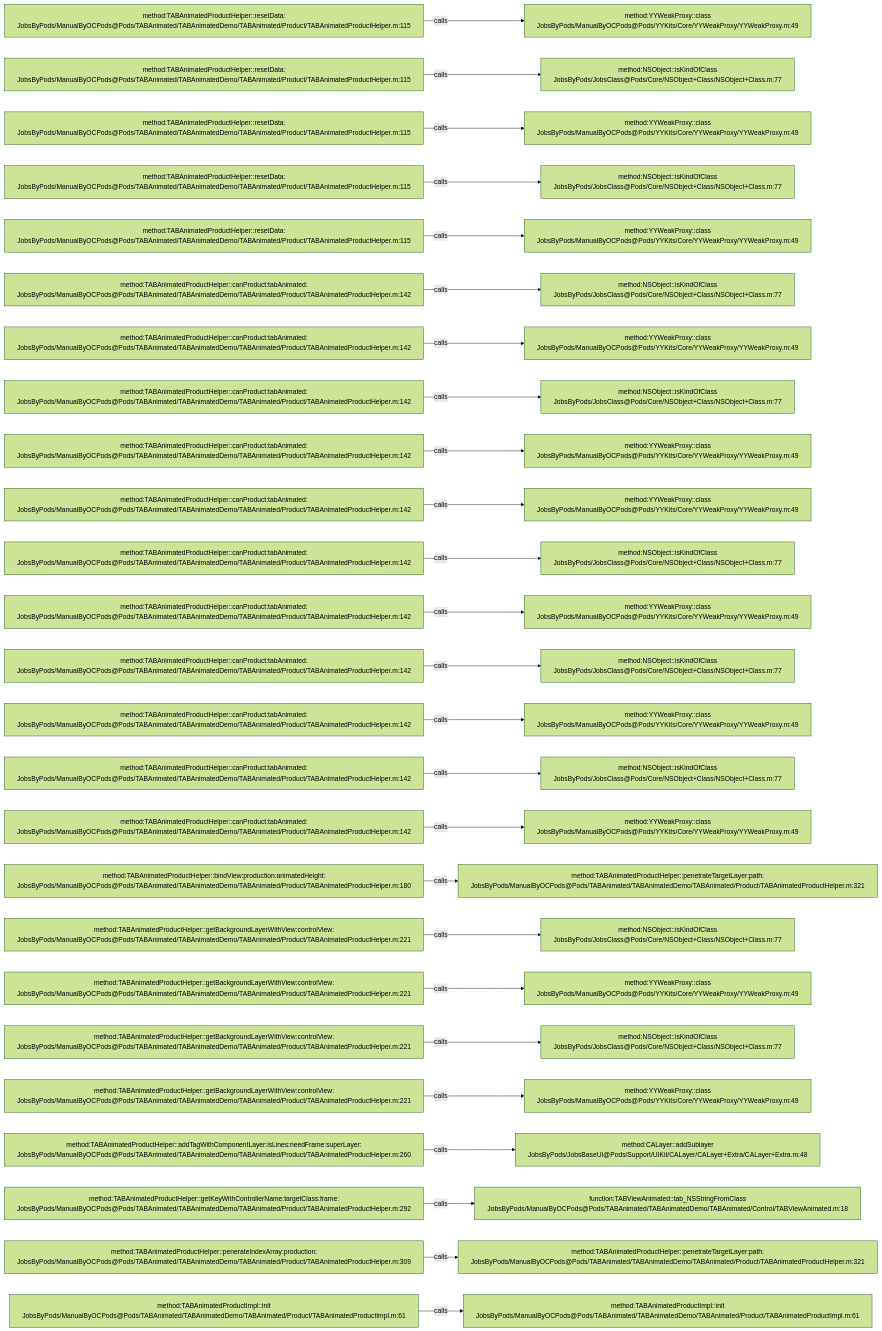
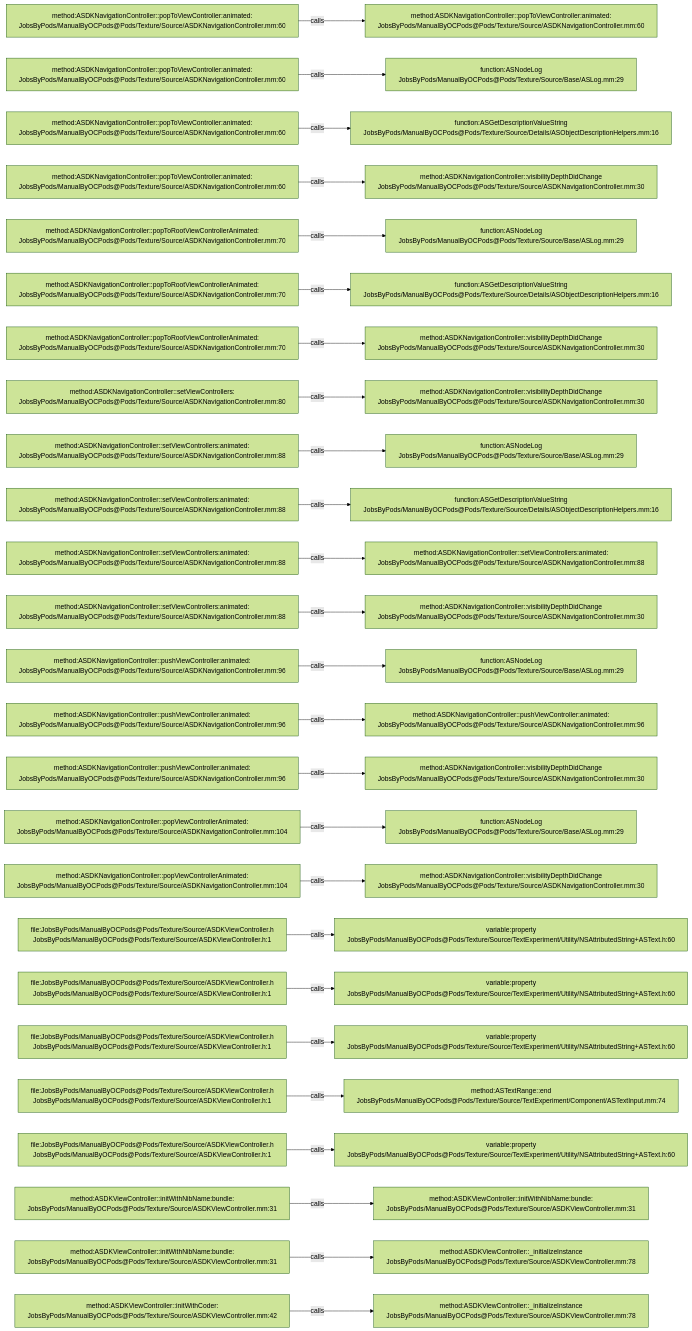
One commit to JobsKits/JobsOCBaseConfigDemo changed the diagram in .codegraph/codegraph.md/graphs/calls-197.md. Above: the diagram before and after it, drawn with Mermaid (forest theme). The commit also changed 573 other files, not shown here.

````diff
--- a/.codegraph/codegraph.md/graphs/calls-197.md
+++ b/.codegraph/codegraph.md/graphs/calls-197.md
@@ -13,78 +13,78 @@
 ```mermaid
 flowchart LR
-  S1["method:TABAnimatedProductHelper::resetData:<br/>JobsByPods/ManualByOCPods@Pods/TABAnimated/TABAnimatedDemo/TABAnimated/Product/TABAnimatedProductHelper.m:115"]
-  T1["method:YYWeakProxy::class<br/>JobsByPods/ManualByOCPods@Pods/YYKits/Core/YYWeakProxy/YYWeakProxy.m:49"]
+  S1["method:ASDKNavigationController::popToViewController:animated:<br/>JobsByPods/ManualByOCPods@Pods/Texture/Source/ASDKNavigationController.mm:60"]
+  T1["method:ASDKNavigationController::popToViewController:animated:<br/>JobsByPods/ManualByOCPods@Pods/Texture/Source/ASDKNavigationController.mm:60"]
   S1 -->|calls| T1
-  S2["method:TABAnimatedProductHelper::resetData:<br/>JobsByPods/ManualByOCPods@Pods/TABAnimated/TABAnimatedDemo/TABAnimated/Product/TABAnimatedProductHelper.m:115"]
-  T2["method:NSObject::isKindOfClass<br/>JobsByPods/JobsClass@Pods/Core/NSObject+Class/NSObject+Class.m:77"]
+  S2["method:ASDKNavigationController::popToViewController:animated:<br/>JobsByPods/ManualByOCPods@Pods/Texture/Source/ASDKNavigationController.mm:60"]
+  T2["function:ASNodeLog<br/>JobsByPods/ManualByOCPods@Pods/Texture/Source/Base/ASLog.mm:29"]
   S2 -->|calls| T2
-  S3["method:TABAnimatedProductHelper::resetData:<br/>JobsByPods/ManualByOCPods@Pods/TABAnimated/TABAnimatedDemo/TABAnimated/Product/TABAnimatedProductHelper.m:115"]
-  T3["method:YYWeakProxy::class<br/>JobsByPods/ManualByOCPods@Pods/YYKits/Core/YYWeakProxy/YYWeakProxy.m:49"]
+  S3["method:ASDKNavigationController::popToViewController:animated:<br/>JobsByPods/ManualByOCPods@Pods/Texture/Source/ASDKNavigationController.mm:60"]
+  T3["function:ASGetDescriptionValueString<br/>JobsByPods/ManualByOCPods@Pods/Texture/Source/Details/ASObjectDescriptionHelpers.mm:16"]
   S3 -->|calls| T3
-  S4["method:TABAnimatedProductHelper::resetData:<br/>JobsByPods/ManualByOCPods@Pods/TABAnimated/TABAnimatedDemo/TABAnimated/Product/TABAnimatedProductHelper.m:115"]
-  T4["method:NSObject::isKindOfClass<br/>JobsByPods/JobsClass@Pods/Core/NSObject+Class/NSObject+Class.m:77"]
+  S4["method:ASDKNavigationController::popToViewController:animated:<br/>JobsByPods/ManualByOCPods@Pods/Texture/Source/ASDKNavigationController.mm:60"]
+  T4["method:ASDKNavigationController::visibilityDepthDidChange<br/>JobsByPods/ManualByOCPods@Pods/Texture/Source/ASDKNavigationController.mm:30"]
   S4 -->|calls| T4
-  S5["method:TABAnimatedProductHelper::resetData:<br/>JobsByPods/ManualByOCPods@Pods/TABAnimated/TABAnimatedDemo/TABAnimated/Product/TABAnimatedProductHelper.m:115"]
-  T5["method:YYWeakProxy::class<br/>JobsByPods/ManualByOCPods@Pods/YYKits/Core/YYWeakProxy/YYWeakProxy.m:49"]
+  S5["method:ASDKNavigationController::popToRootViewControllerAnimated:<br/>JobsByPods/ManualByOCPods@Pods/Texture/Source/ASDKNavigationController.mm:70"]
+  T5["function:ASNodeLog<br/>JobsByPods/ManualByOCPods@Pods/Texture/Source/Base/ASLog.mm:29"]
   S5 -->|calls| T5
-  S6["method:TABAnimatedProductHelper::canProduct:tabAnimated:<br/>JobsByPods/ManualByOCPods@Pods/TABAnimated/TABAnimatedDemo/TABAnimated/Product/TABAnimatedProductHelper.m:142"]
-  T6["method:NSObject::isKindOfClass<br/>JobsByPods/JobsClass@Pods/Core/NSObject+Class/NSObject+Class.m:77"]
+  S6["method:ASDKNavigationController::popToRootViewControllerAnimated:<br/>JobsByPods/ManualByOCPods@Pods/Texture/Source/ASDKNavigationController.mm:70"]
+  T6["function:ASGetDescriptionValueString<br/>JobsByPods/ManualByOCPods@Pods/Texture/Source/Details/ASObjectDescriptionHelpers.mm:16"]
   S6 -->|calls| T6
-  S7["method:TABAnimatedProductHelper::canProduct:tabAnimated:<br/>JobsByPods/ManualByOCPods@Pods/TABAnimated/TABAnimatedDemo/TABAnimated/Product/TABAnimatedProductHelper.m:142"]
-  T7["method:YYWeakProxy::class<br/>JobsByPods/ManualByOCPods@Pods/YYKits/Core/YYWeakProxy/YYWeakProxy.m:49"]
+  S7["method:ASDKNavigationController::popToRootViewControllerAnimated:<br/>JobsByPods/ManualByOCPods@Pods/Texture/Source/ASDKNavigationController.mm:70"]
+  T7["method:ASDKNavigationController::visibilityDepthDidChange<br/>JobsByPods/ManualByOCPods@Pods/Texture/Source/ASDKNavigationController.mm:30"]
   S7 -->|calls| T7
-  S8["method:TABAnimatedProductHelper::canProduct:tabAnimated:<br/>JobsByPods/ManualByOCPods@Pods/TABAnimated/TABAnimatedDemo/TABAnimated/Product/TABAnimatedProductHelper.m:142"]
-  T8["method:NSObject::isKindOfClass<br/>JobsByPods/JobsClass@Pods/Core/NSObject+Class/NSObject+Class.m:77"]
+  S8["method:ASDKNavigationController::setViewControllers:<br/>JobsByPods/ManualByOCPods@Pods/Texture/Source/ASDKNavigationController.mm:80"]
+  T8["method:ASDKNavigationController::visibilityDepthDidChange<br/>JobsByPods/ManualByOCPods@Pods/Texture/Source/ASDKNavigationController.mm:30"]
   S8 -->|calls| T8
-  S9["method:TABAnimatedProductHelper::canProduct:tabAnimated:<br/>JobsByPods/ManualByOCPods@Pods/TABAnimated/TABAnimatedDemo/TABAnimated/Product/TABAnimatedProductHelper.m:142"]
-  T9["method:YYWeakProxy::class<br/>JobsByPods/ManualByOCPods@Pods/YYKits/Core/YYWeakProxy/YYWeakProxy.m:49"]
+  S9["method:ASDKNavigationController::setViewControllers:animated:<br/>JobsByPods/ManualByOCPods@Pods/Texture/Source/ASDKNavigationController.mm:88"]
+  T9["function:ASNodeLog<br/>JobsByPods/ManualByOCPods@Pods/Texture/Source/Base/ASLog.mm:29"]
   S9 -->|calls| T9
-  S10["method:TABAnimatedProductHelper::canProduct:tabAnimated:<br/>JobsByPods/ManualByOCPods@Pods/TABAnimated/TABAnimatedDemo/TABAnimated/Product/TABAnimatedProductHelper.m:142"]
-  T10["method:YYWeakProxy::class<br/>JobsByPods/ManualByOCPods@Pods/YYKits/Core/YYWeakProxy/YYWeakProxy.m:49"]
+  S10["method:ASDKNavigationController::setViewControllers:animated:<br/>JobsByPods/ManualByOCPods@Pods/Texture/Source/ASDKNavigationController.mm:88"]
+  T10["function:ASGetDescriptionValueString<br/>JobsByPods/ManualByOCPods@Pods/Texture/Source/Details/ASObjectDescriptionHelpers.mm:16"]
   S10 -->|calls| T10
-  S11["method:TABAnimatedProductHelper::canProduct:tabAnimated:<br/>JobsByPods/ManualByOCPods@Pods/TABAnimated/TABAnimatedDemo/TABAnimated/Product/TABAnimatedProductHelper.m:142"]
-  T11["method:NSObject::isKindOfClass<br/>JobsByPods/JobsClass@Pods/Core/NSObject+Class/NSObject+Class.m:77"]
+  S11["method:ASDKNavigationController::setViewControllers:animated:<br/>JobsByPods/ManualByOCPods@Pods/Texture/Source/ASDKNavigationController.mm:88"]
+  T11["method:ASDKNavigationController::setViewControllers:animated:<br/>JobsByPods/ManualByOCPods@Pods/Texture/Source/ASDKNavigationController.mm:88"]
   S11 -->|calls| T11
-  S12["method:TABAnimatedProductHelper::canProduct:tabAnimated:<br/>JobsByPods/ManualByOCPods@Pods/TABAnimated/TABAnimatedDemo/TABAnimated/Product/TABAnimatedProductHelper.m:142"]
-  T12["method:YYWeakProxy::class<br/>JobsByPods/ManualByOCPods@Pods/YYKits/Core/YYWeakProxy/YYWeakProxy.m:49"]
+  S12["method:ASDKNavigationController::setViewControllers:animated:<br/>JobsByPods/ManualByOCPods@Pods/Texture/Source/ASDKNavigationController.mm:88"]
+  T12["method:ASDKNavigationController::visibilityDepthDidChange<br/>JobsByPods/ManualByOCPods@Pods/Texture/Source/ASDKNavigationController.mm:30"]
   S12 -->|calls| T12
-  S13["method:TABAnimatedProductHelper::canProduct:tabAnimated:<br/>JobsByPods/ManualByOCPods@Pods/TABAnimated/TABAnimatedDemo/TABAnimated/Product/TABAnimatedProductHelper.m:142"]
-  T13["method:NSObject::isKindOfClass<br/>JobsByPods/JobsClass@Pods/Core/NSObject+Class/NSObject+Class.m:77"]
+  S13["method:ASDKNavigationController::pushViewController:animated:<br/>JobsByPods/ManualByOCPods@Pods/Texture/Source/ASDKNavigationController.mm:96"]
+  T13["function:ASNodeLog<br/>JobsByPods/ManualByOCPods@Pods/Texture/Source/Base/ASLog.mm:29"]
   S13 -->|calls| T13
-  S14["method:TABAnimatedProductHelper::canProduct:tabAnimated:<br/>JobsByPods/ManualByOCPods@Pods/TABAnimated/TABAnimatedDemo/TABAnimated/Product/TABAnimatedProductHelper.m:142"]
-  T14["method:YYWeakProxy::class<br/>JobsByPods/ManualByOCPods@Pods/YYKits/Core/YYWeakProxy/YYWeakProxy.m:49"]
+  S14["method:ASDKNavigationController::pushViewController:animated:<br/>JobsByPods/ManualByOCPods@Pods/Texture/Source/ASDKNavigationController.mm:96"]
+  T14["method:ASDKNavigationController::pushViewController:animated:<br/>JobsByPods/ManualByOCPods@Pods/Texture/Source/ASDKNavigationController.mm:96"]
   S14 -->|calls| T14
-  S15["method:TABAnimatedProductHelper::canProduct:tabAnimated:<br/>JobsByPods/ManualByOCPods@Pods/TABAnimated/TABAnimatedDemo/TABAnimated/Product/TABAnimatedProductHelper.m:142"]
-  T15["method:NSObject::isKindOfClass<br/>JobsByPods/JobsClass@Pods/Core/NSObject+Class/NSObject+Class.m:77"]
+  S15["method:ASDKNavigationController::pushViewController:animated:<br/>JobsByPods/ManualByOCPods@Pods/Texture/Source/ASDKNavigationController.mm:96"]
+  T15["method:ASDKNavigationController::visibilityDepthDidChange<br/>JobsByPods/ManualByOCPods@Pods/Texture/Source/ASDKNavigationController.mm:30"]
   S15 -->|calls| T15
-  S16["method:TABAnimatedProductHelper::canProduct:tabAnimated:<br/>JobsByPods/ManualByOCPods@Pods/TABAnimated/TABAnimatedDemo/TABAnimated/Product/TABAnimatedProductHelper.m:142"]
-  T16["method:YYWeakProxy::class<br/>JobsByPods/ManualByOCPods@Pods/YYKits/Core/YYWeakProxy/YYWeakProxy.m:49"]
+  S16["method:ASDKNavigationController::popViewControllerAnimated:<br/>JobsByPods/ManualByOCPods@Pods/Texture/Source/ASDKNavigationController.mm:104"]
+  T16["function:ASNodeLog<br/>JobsByPods/ManualByOCPods@Pods/Texture/Source/Base/ASLog.mm:29"]
   S16 -->|calls| T16
-  S17["method:TABAnimatedProductHelper::bindView:production:animatedHeight:<br/>JobsByPods/ManualByOCPods@Pods/TABAnimated/TABAnimatedDemo/TABAnimated/Product/TABAnimatedProductHelper.m:180"]
-  T17["method:TABAnimatedProductHelper::penetrateTargetLayer:path:<br/>JobsByPods/ManualByOCPods@Pods/TABAnimated/TABAnimatedDemo/TABAnimated/Product/TABAnimatedProductHelper.m:321"]
+  S17["method:ASDKNavigationController::popViewControllerAnimated:<br/>JobsByPods/ManualByOCPods@Pods/Texture/Source/ASDKNavigationController.mm:104"]
+  T17["method:ASDKNavigationController::visibilityDepthDidChange<br/>JobsByPods/ManualByOCPods@Pods/Texture/Source/ASDKNavigationController.mm:30"]
   S17 -->|calls| T17
-  S18["method:TABAnimatedProductHelper::getBackgroundLayerWithView:controlView:<br/>JobsByPods/ManualByOCPods@Pods/TABAnimated/TABAnimatedDemo/TABAnimated/Product/TABAnimatedProductHelper.m:221"]
-  T18["method:NSObject::isKindOfClass<br/>JobsByPods/JobsClass@Pods/Core/NSObject+Class/NSObject+Class.m:77"]
+  S18["file:JobsByPods/ManualByOCPods@Pods/Texture/Source/ASDKViewController.h<br/>JobsByPods/ManualByOCPods@Pods/Texture/Source/ASDKViewController.h:1"]
+  T18["variable:property<br/>JobsByPods/ManualByOCPods@Pods/Texture/Source/TextExperiment/Utility/NSAttributedString+ASText.h:60"]
   S18 -->|calls| T18
-  S19["method:TABAnimatedProductHelper::getBackgroundLayerWithView:controlView:<br/>JobsByPods/ManualByOCPods@Pods/TABAnimated/TABAnimatedDemo/TABAnimated/Product/TABAnimatedProductHelper.m:221"]
-  T19["method:YYWeakProxy::class<br/>JobsByPods/ManualByOCPods@Pods/YYKits/Core/YYWeakProxy/YYWeakProxy.m:49"]
+  S19["file:JobsByPods/ManualByOCPods@Pods/Texture/Source/ASDKViewController.h<br/>JobsByPods/ManualByOCPods@Pods/Texture/Source/ASDKViewController.h:1"]
+  T19["variable:property<br/>JobsByPods/ManualByOCPods@Pods/Texture/Source/TextExperiment/Utility/NSAttributedString+ASText.h:60"]
   S19 -->|calls| T19
-  S20["method:TABAnimatedProductHelper::getBackgroundLayerWithView:controlView:<br/>JobsByPods/ManualByOCPods@Pods/TABAnimated/TABAnimatedDemo/TABAnimated/Product/TABAnimatedProductHelper.m:221"]
-  T20["method:NSObject::isKindOfClass<br/>JobsByPods/JobsClass@Pods/Core/NSObject+Class/NSObject+Class.m:77"]
+  S20["file:JobsByPods/ManualByOCPods@Pods/Texture/Source/ASDKViewController.h<br/>JobsByPods/ManualByOCPods@Pods/Texture/Source/ASDKViewController.h:1"]
+  T20["variable:property<br/>JobsByPods/ManualByOCPods@Pods/Texture/Source/TextExperiment/Utility/NSAttributedString+ASText.h:60"]
   S20 -->|calls| T20
-  S21["method:TABAnimatedProductHelper::getBackgroundLayerWithView:controlView:<br/>JobsByPods/ManualByOCPods@Pods/TABAnimated/TABAnimatedDemo/TABAnimated/Product/TABAnimatedProductHelper.m:221"]
-  T21["method:YYWeakProxy::class<br/>JobsByPods/ManualByOCPods@Pods/YYKits/Core/YYWeakProxy/YYWeakProxy.m:49"]
+  S21["file:JobsByPods/ManualByOCPods@Pods/Texture/Source/ASDKViewController.h<br/>JobsByPods/ManualByOCPods@Pods/Texture/Source/ASDKViewController.h:1"]
+  T21["method:ASTextRange::end<br/>JobsByPods/ManualByOCPods@Pods/Texture/Source/TextExperiment/Component/ASTextInput.mm:74"]
   S21 -->|calls| T21
-  S22["method:TABAnimatedProductHelper::addTagWithComponentLayer:isLines:needFrame:superLayer:<br/>JobsByPods/ManualByOCPods@Pods/TABAnimated/TABAnimatedDemo/TABAnimated/Product/TABAnimatedProductHelper.m:260"]
-  T22["method:CALayer::addSublayer<br/>JobsByPods/JobsBaseUI@Pods/Support/UIKit/CALayer/CALayer+Extra/CALayer+Extra.m:48"]
+  S22["file:JobsByPods/ManualByOCPods@Pods/Texture/Source/ASDKViewController.h<br/>JobsByPods/ManualByOCPods@Pods/Texture/Source/ASDKViewController.h:1"]
+  T22["variable:property<br/>JobsByPods/ManualByOCPods@Pods/Texture/Source/TextExperiment/Utility/NSAttributedString+ASText.h:60"]
   S22 -->|calls| T22
-  S23["method:TABAnimatedProductHelper::getKeyWithControllerName:targetClass:frame:<br/>JobsByPods/ManualByOCPods@Pods/TABAnimated/TABAnimatedDemo/TABAnimated/Product/TABAnimatedProductHelper.m:292"]
-  T23["function:TABViewAnimated::tab_NSStringFromClass<br/>JobsByPods/ManualByOCPods@Pods/TABAnimated/TABAnimatedDemo/TABAnimated/Control/TABViewAnimated.m:18"]
+  S23["method:ASDKViewController::initWithNibName:bundle:<br/>JobsByPods/ManualByOCPods@Pods/Texture/Source/ASDKViewController.mm:31"]
+  T23["method:ASDKViewController::initWithNibName:bundle:<br/>JobsByPods/ManualByOCPods@Pods/Texture/Source/ASDKViewController.mm:31"]
   S23 -->|calls| T23
-  S24["method:TABAnimatedProductHelper::penerateIndexArray:production:<br/>JobsByPods/ManualByOCPods@Pods/TABAnimated/TABAnimatedDemo/TABAnimated/Product/TABAnimatedProductHelper.m:309"]
-  T24["method:TABAnimatedProductHelper::penetrateTargetLayer:path:<br/>JobsByPods/ManualByOCPods@Pods/TABAnimated/TABAnimatedDemo/TABAnimated/Product/TABAnimatedProductHelper.m:321"]
+  S24["method:ASDKViewController::initWithNibName:bundle:<br/>JobsByPods/ManualByOCPods@Pods/Texture/Source/ASDKViewController.mm:31"]
+  T24["method:ASDKViewController::_initializeInstance<br/>JobsByPods/ManualByOCPods@Pods/Texture/Source/ASDKViewController.mm:78"]
   S24 -->|calls| T24
-  S25["method:TABAnimatedProductImpl::init<br/>JobsByPods/ManualByOCPods@Pods/TABAnimated/TABAnimatedDemo/TABAnimated/Product/TABAnimatedProductImpl.m:61"]
-  T25["method:TABAnimatedProductImpl::init<br/>JobsByPods/ManualByOCPods@Pods/TABAnimated/TABAnimatedDemo/TABAnimated/Product/TABAnimatedProductImpl.m:61"]
+  S25["method:ASDKViewController::initWithCoder:<br/>JobsByPods/ManualByOCPods@Pods/Texture/Source/ASDKViewController.mm:42"]
+  T25["method:ASDKViewController::_initializeInstance<br/>JobsByPods/ManualByOCPods@Pods/Texture/Source/ASDKViewController.mm:78"]
   S25 -->|calls| T25
 ```
````
